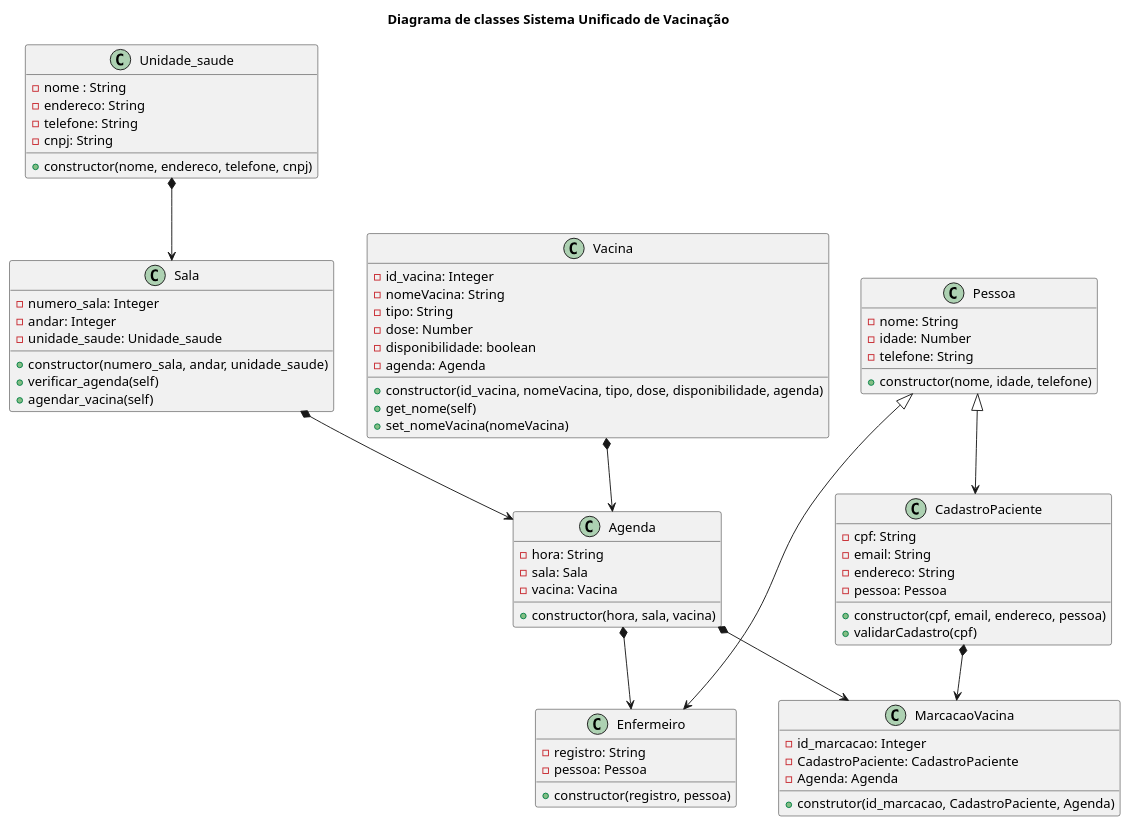
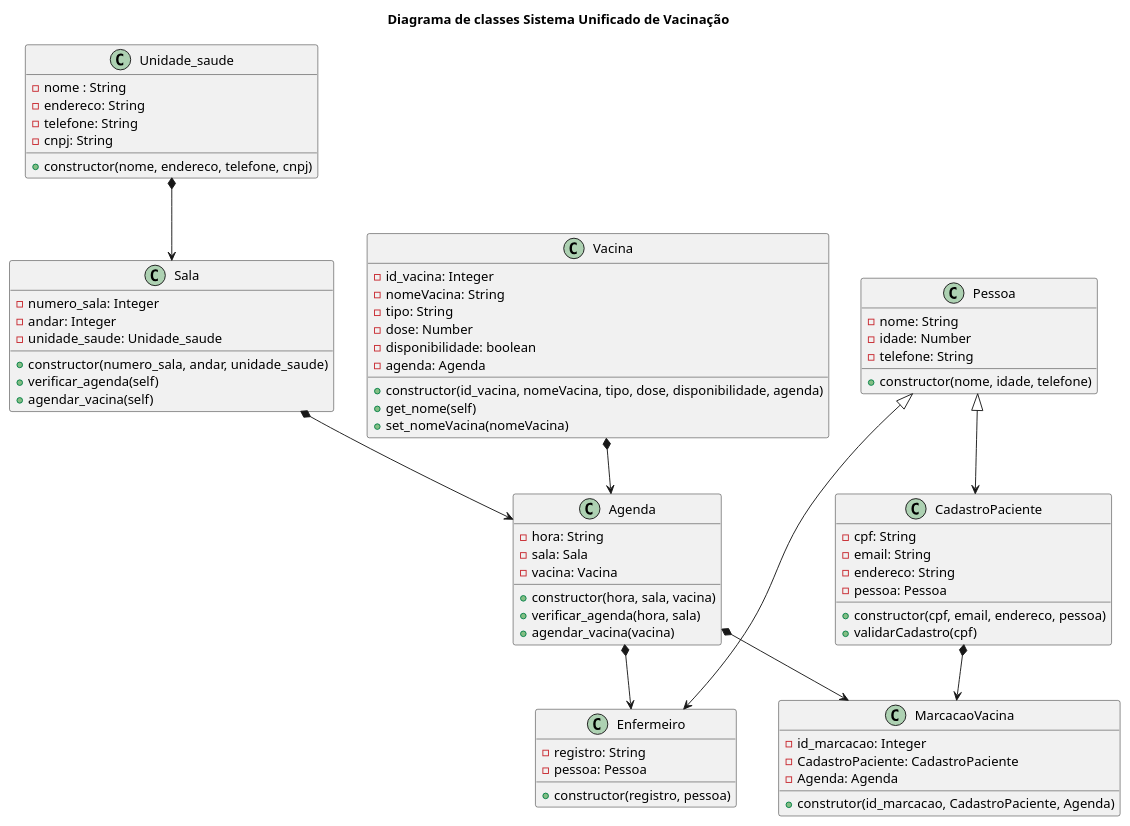
The diagram in diagrama_classe.plantuml (anleaes/2022-1-N2-POO-01), drawn with PlantUML before and after one commit.

Commit message:
atualizacao diagrama de classe

```diff
--- a/diagrama_classe.plantuml
+++ b/diagrama_classe.plantuml
@@ -1,80 +1,82 @@
 @startuml diagrama_classe
 
 title Diagrama de classes Sistema Unificado de Vacinação
 
 class Unidade_saude{
     - nome : String
     - endereco: String
     - telefone: String
     - cnpj: String
     + constructor(nome, endereco, telefone, cnpj)
 }
 
 class Sala{
     - numero_sala: Integer
     - andar: Integer
     - unidade_saude: Unidade_saude 
     + constructor(numero_sala, andar, unidade_saude)
     + verificar_agenda(self)
     + agendar_vacina(self)
 }
 
 class Agenda{
     - hora: String
     - sala: Sala
     - vacina: Vacina
     + constructor(hora, sala, vacina)
+    + verificar_agenda(hora, sala)
+    + agendar_vacina(vacina)
 }
 
 
 Class Vacina{
     - id_vacina: Integer
     - nomeVacina: String
     - tipo: String
     - dose: Number
     - disponibilidade: boolean
     - agenda: Agenda
     + constructor(id_vacina, nomeVacina, tipo, dose, disponibilidade, agenda)
     + get_nome(self)
     + set_nomeVacina(nomeVacina)
 }
 
 class Pessoa{
     - nome: String
     - idade: Number
     - telefone: String
     + constructor(nome, idade, telefone)
 }
 
 class CadastroPaciente {
     - cpf: String
     - email: String
     - endereco: String
     - pessoa: Pessoa
     + constructor(cpf, email, endereco, pessoa)
     + validarCadastro(cpf)
 }
 
 class Enfermeiro {
     - registro: String
     - pessoa: Pessoa
     + constructor(registro, pessoa)
 }
 
 class MarcacaoVacina{
     - id_marcacao: Integer
     - CadastroPaciente: CadastroPaciente
     - Agenda: Agenda
     + construtor(id_marcacao, CadastroPaciente, Agenda)
 }
 
 Pessoa <|--> CadastroPaciente
 Pessoa <|--> Enfermeiro
 Unidade_saude *--> Sala
 Sala *--> Agenda
 Vacina *--> Agenda
 Agenda *--> Enfermeiro
 CadastroPaciente *--> MarcacaoVacina
 Agenda *--> MarcacaoVacina
 
 @enduml
```
